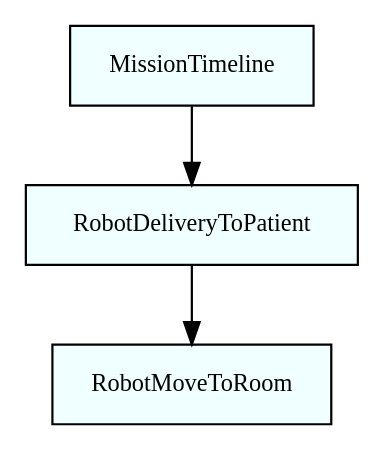
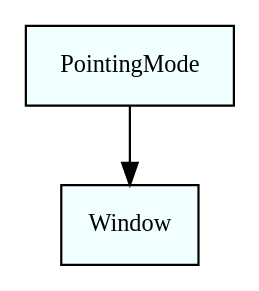
The diagram in hierarchy_graph.dot (pstlab/PLATINUm), drawn with Graphviz before and after one commit. The commit also changed 6 other files, not shown here.

```diff
--- a/hierarchy_graph.dot
+++ b/hierarchy_graph.dot
@@ -1,5 +1,5 @@
 digraph hierarhcy_graph {
 	rankdir=TB;
 	node [fontsize=11, style=filled, fillcolor=azure, shape = box]
-	MissionTimeline -> RobotDeliveryToPatient	RobotDeliveryToPatient -> RobotMoveToRoom
+	PointingMode -> Window
 }
```
